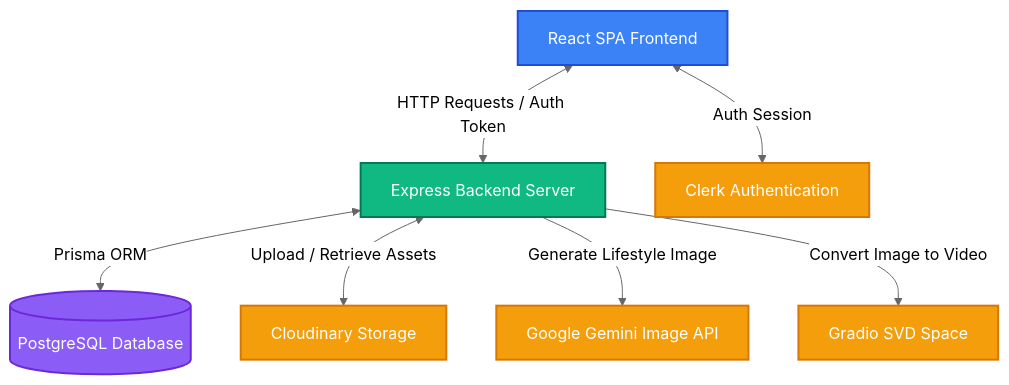
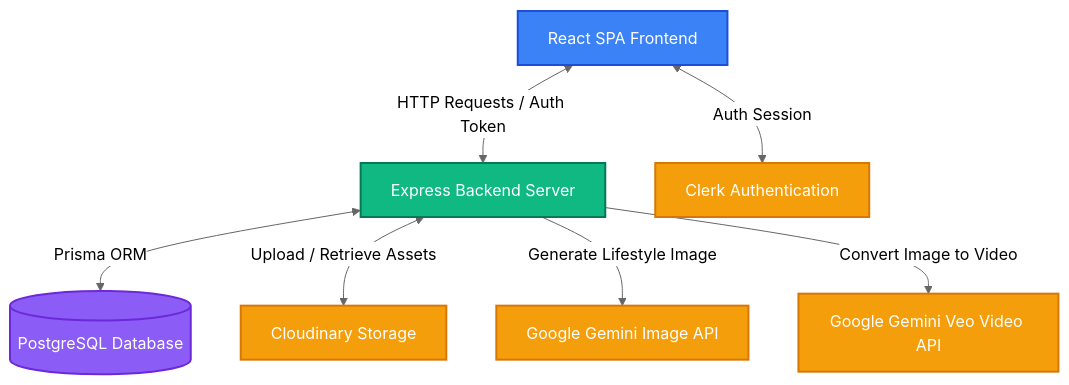
One commit to anuragverma4895/AI-Short-Video-Ads-Generator changed the first of 2 diagrams in FLOW_DIAGRAM.md. Above: the diagram before and after it, drawn with Mermaid (neutral theme). The commit also changed other lines of this file and 11 other files, not shown here.

Commit message:
Refactor: Switch to single Gemini API key and migrate video generation to Gemini Veo

````diff
--- a/FLOW_DIAGRAM.md
+++ b/FLOW_DIAGRAM.md
@@ -11,25 +11,25 @@
 ```mermaid
 graph TD
     %% Styling
     classDef clientStyle fill:#3b82f6,stroke:#1d4ed8,stroke-width:2px,color:#fff;
     classDef serverStyle fill:#10b981,stroke:#047857,stroke-width:2px,color:#fff;
     classDef dbStyle fill:#8b5cf6,stroke:#6d28d9,stroke-width:2px,color:#fff;
     classDef externalStyle fill:#f59e0b,stroke:#d97706,stroke-width:2px,color:#fff;
 
     %% Nodes
     A[React SPA Frontend]:::clientStyle
     B[Express Backend Server]:::serverStyle
     C[(PostgreSQL Database)]:::dbStyle
     D[Clerk Authentication]:::externalStyle
     E[Cloudinary Storage]:::externalStyle
     F[Google Gemini Image API]:::externalStyle
-    G[Gradio SVD Space]:::externalStyle
+    G[Google Gemini Veo Video API]:::externalStyle
 
     %% Connections
     A <-->|HTTP Requests / Auth Token| B
     A <-->|Auth Session| D
     B <-->|Prisma ORM| C
     B <-->|Upload / Retrieve Assets| E
     B -->|Generate Lifestyle Image| F
     B -->|Convert Image to Video| G
 ```
````
